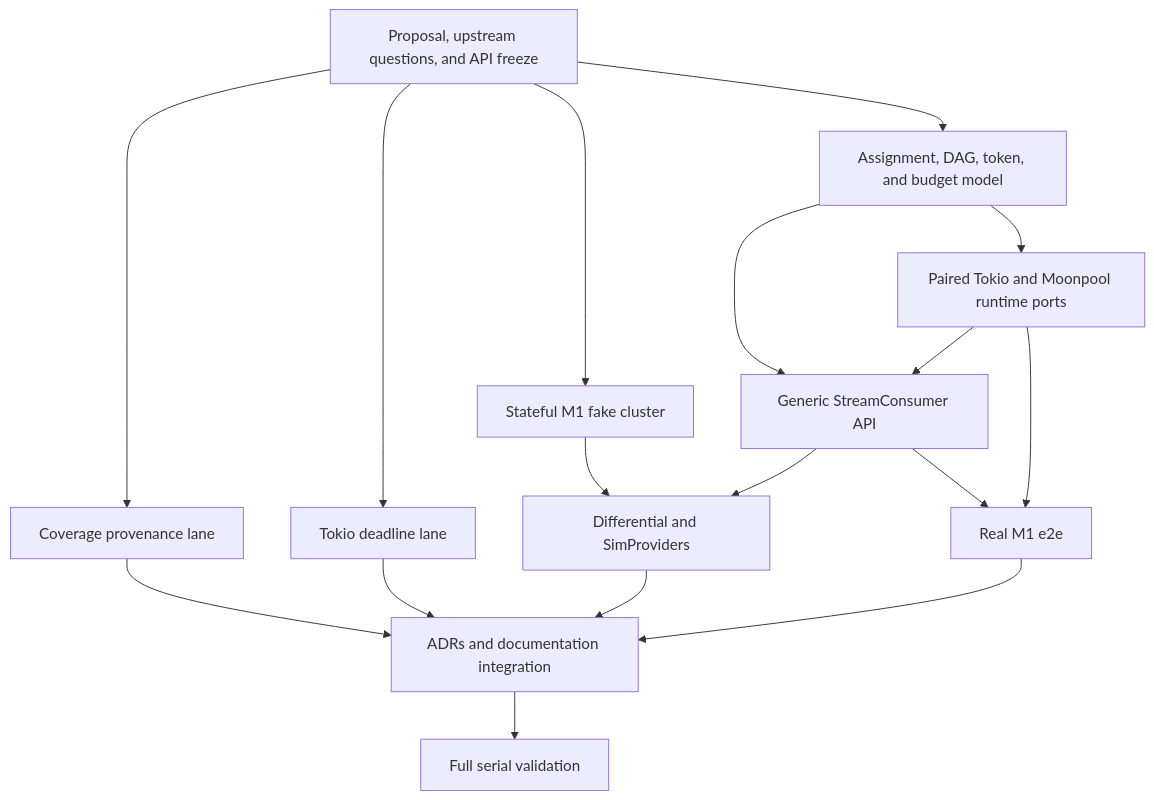
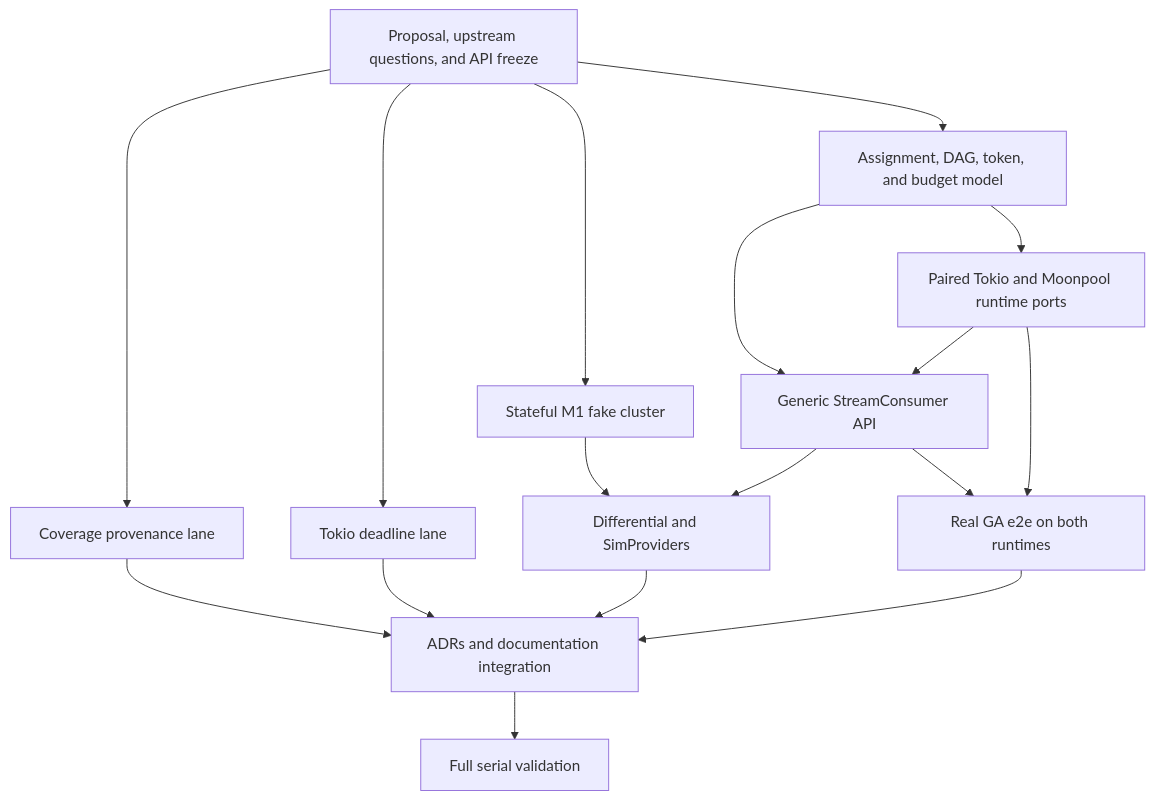
Before and after one commit to CleverCloud/magnetar: the diagram in specs/proposals/feat-m1-hardened-stream-consumer.md, drawn with Mermaid. The commit also changed other lines of this file and 70 other files, not shown here.

````diff
--- a/specs/proposals/feat-m1-hardened-stream-consumer.md
+++ b/specs/proposals/feat-m1-hardened-stream-consumer.md
@@ -558,31 +561,31 @@
 ```mermaid
 flowchart TD
     RFC[Proposal, upstream questions, and API freeze]
     COV[Coverage provenance lane]
     CLOCK[Tokio deadline lane]
     PROTO[Assignment, DAG, token, and budget model]
     FAKES[Stateful M1 fake cluster]
     RUNTIME[Paired Tokio and Moonpool runtime ports]
     API[Generic StreamConsumer API]
     DIFF[Differential and SimProviders]
-    E2E[Real M1 e2e]
+    E2E[Real GA e2e on both runtimes]
     DOC[ADRs and documentation integration]
     FULL[Full serial validation]
 
     RFC --> COV
     RFC --> CLOCK
     RFC --> PROTO
     RFC --> FAKES
     PROTO --> RUNTIME
     PROTO --> API
     RUNTIME --> API
     FAKES --> DIFF
     API --> DIFF
     API --> E2E
     RUNTIME --> E2E
     COV --> DOC
     CLOCK --> DOC
     DIFF --> DOC
     E2E --> DOC
     DOC --> FULL
 ```
````
